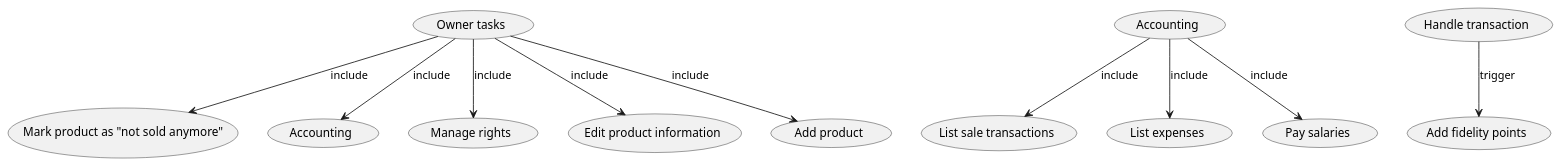
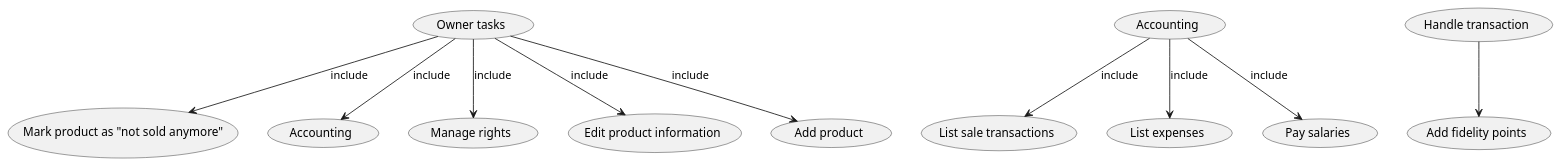
Before and after one commit to nicolabattaglino/ezshop: the third of 7 diagrams in Deliverables/RequirementsDocument.md, drawn with PlantUML. The commit also changed other lines of this file and 1 other file, not shown here.

````diff
--- a/Deliverables/RequirementsDocument.md
+++ b/Deliverables/RequirementsDocument.md
@@ -243,26 +243,26 @@
 ```plantuml
 @startuml
 "Mark product as "not sold anymore"" as (notSold)
 "Accounting" as (accounting)
 "Manage rights" as (manageRights)
 "Owner tasks" as (ownerTasks)
 "Edit product information" as (editProduct)
 "Add product" as (addProduct)
 "Accounting" as (acoounting)
 "List sale transactions" as (listSale)
 "List expenses" as (listExpenses)
 "Pay salaries" as (paySalaries)
 "Add fidelity points" as (addPoints)
 "Handle transaction" as (handleTransaction)
 (ownerTasks) --> (addProduct):include
 (acoounting)-->(listSale):include
 (acoounting)-->(listExpenses):include
 (acoounting)-->(paySalaries):include
 (ownerTasks)-->(notSold):include
 (ownerTasks)-->(accounting):include
 (ownerTasks)-->(manageRights):include
 (ownerTasks)-->(editProduct):include
-(handleTransaction) --> (addPoints): trigger
+(handleTransaction) --> (addPoints)
 @enduml
 
 ```
````
